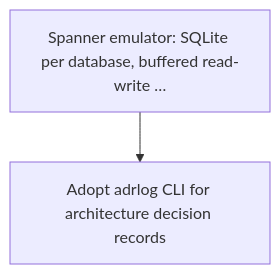
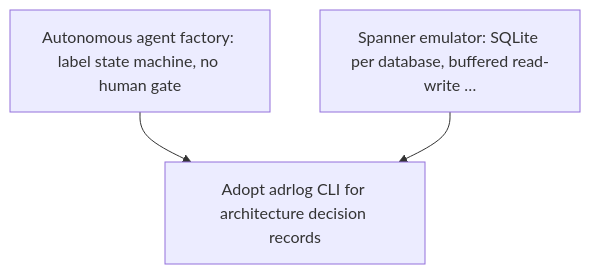
Before and after one commit to GuitarWag/gcp-local: the diagram in docs/adr/README.md, drawn with Mermaid. The commit also changed other lines of this file and 22 other files, not shown here.

First line of the commit message:
feat(factory): autonomous agent factory for pi and opencode

````diff
--- a/docs/adr/README.md
+++ b/docs/adr/README.md
@@ -12,6 +13,8 @@
 ```mermaid
 graph TD
-  n0["Spanner emulator: SQLite per database, buffered read-write …"]
-  n1["Adopt adrlog CLI for architecture decision records"]
-  n0 --> n1
+  n0["Autonomous agent factory: label state machine, no human gate"]
+  n1["Spanner emulator: SQLite per database, buffered read-write …"]
+  n2["Adopt adrlog CLI for architecture decision records"]
+  n0 --> n2
+  n1 --> n2
 ```
````
